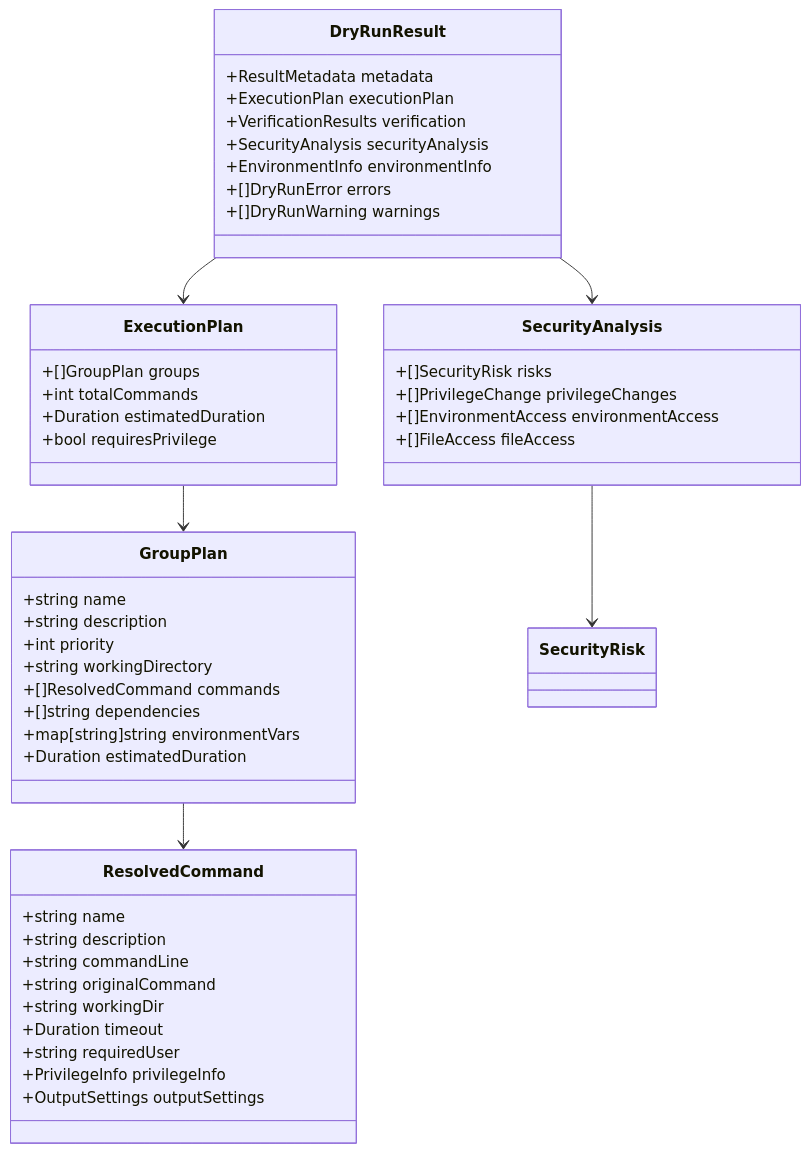
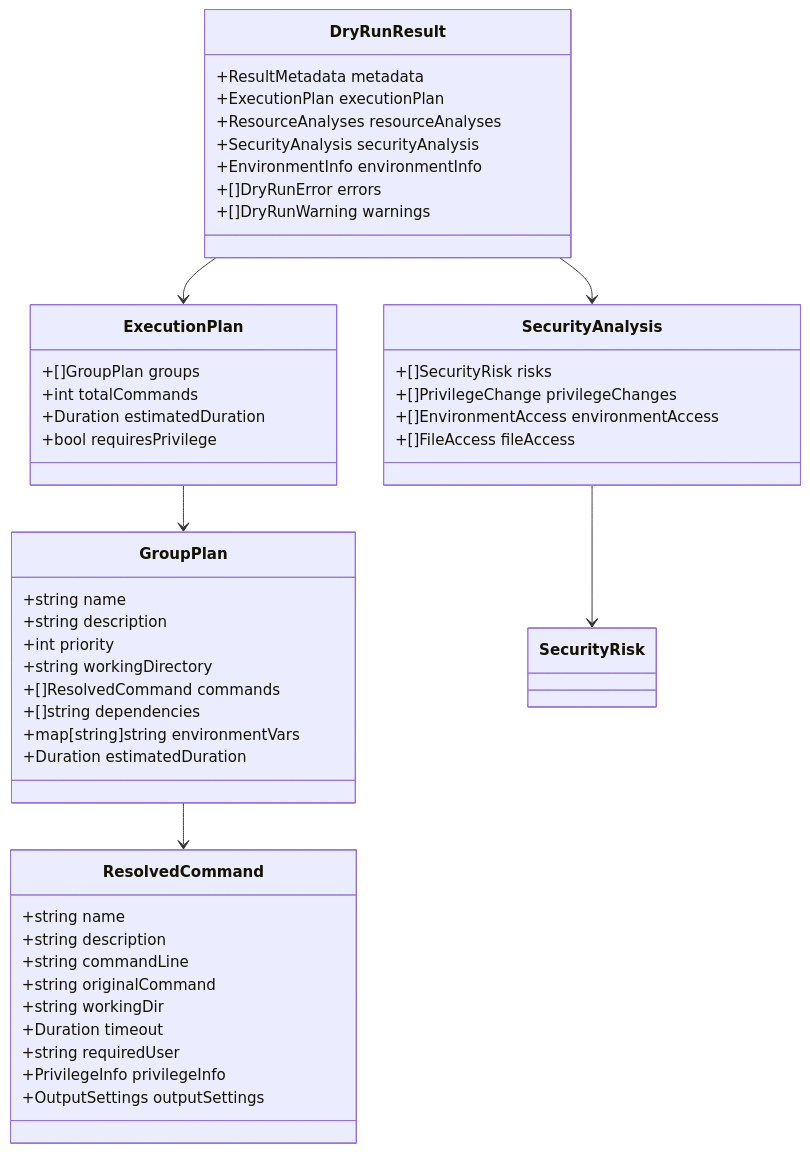
The first of 2 diagrams in docs/tasks/0017_realistic_dry_run/03_specification.md (isseis/go-safe-cmd-runner), drawn with Mermaid before and after one commit. The commit also changed other lines of this file and 2 other files, not shown here.

First line of the commit message:
Enhance ExecutionResult structure and update DefaultResourceManager

````diff
--- a/docs/tasks/0017_realistic_dry_run/03_specification.md
+++ b/docs/tasks/0017_realistic_dry_run/03_specification.md
@@ -149,55 +149,55 @@
 ```mermaid
 classDiagram
     class DryRunResult {
         +ResultMetadata metadata
         +ExecutionPlan executionPlan
-        +VerificationResults verification
+        +ResourceAnalyses resourceAnalyses
         +SecurityAnalysis securityAnalysis
         +EnvironmentInfo environmentInfo
         +[]DryRunError errors
         +[]DryRunWarning warnings
     }
 
     class ExecutionPlan {
         +[]GroupPlan groups
         +int totalCommands
         +Duration estimatedDuration
         +bool requiresPrivilege
     }
 
     class GroupPlan {
         +string name
         +string description
         +int priority
         +string workingDirectory
         +[]ResolvedCommand commands
         +[]string dependencies
         +map[string]string environmentVars
         +Duration estimatedDuration
     }
 
     class ResolvedCommand {
         +string name
         +string description
         +string commandLine
         +string originalCommand
         +string workingDir
         +Duration timeout
         +string requiredUser
         +PrivilegeInfo privilegeInfo
         +OutputSettings outputSettings
     }
 
     class SecurityAnalysis {
         +[]SecurityRisk risks
         +[]PrivilegeChange privilegeChanges
         +[]EnvironmentAccess environmentAccess
         +[]FileAccess fileAccess
     }
 
     DryRunResult --> ExecutionPlan
     DryRunResult --> SecurityAnalysis
     ExecutionPlan --> GroupPlan
     GroupPlan --> ResolvedCommand
     SecurityAnalysis --> SecurityRisk
 ```
````
